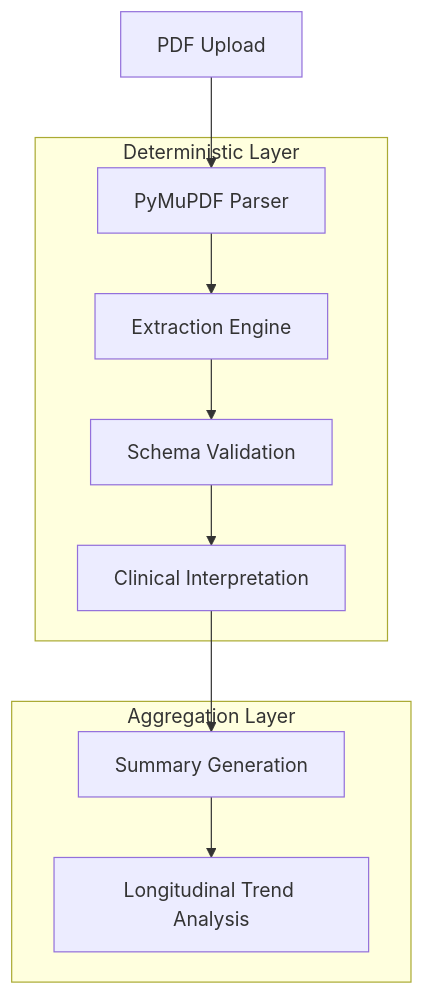
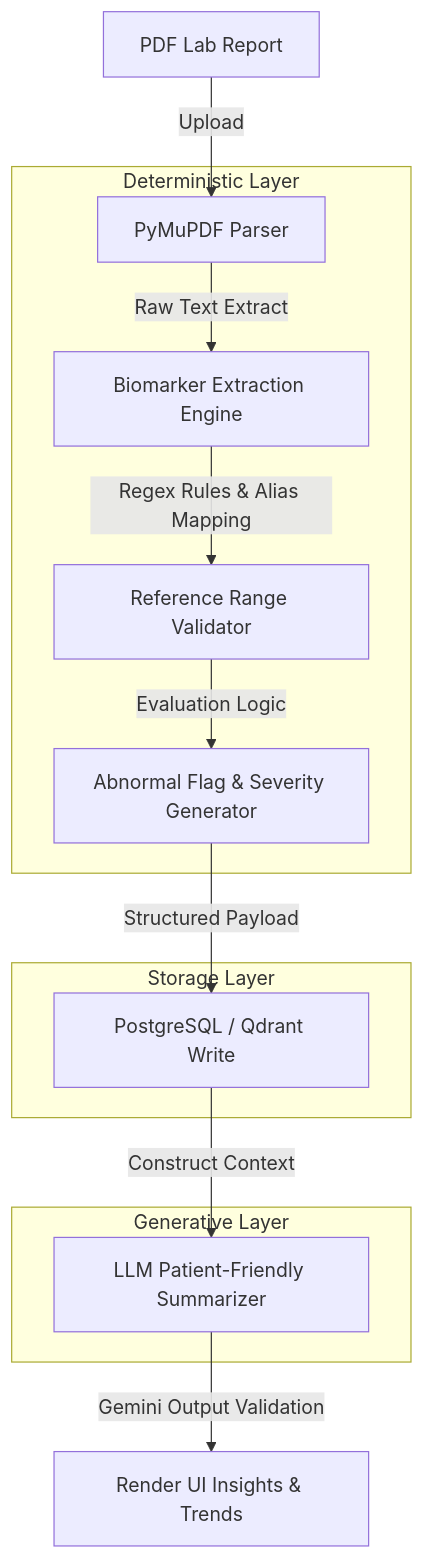
The third of 4 diagrams in docs/architecture.md (vansh070605/ClariMed), drawn with Mermaid before and after one commit. The commit also changed other lines of this file and 22 other files, not shown here.

````diff
--- a/docs/architecture.md
+++ b/docs/architecture.md
@@ -29,21 +97,25 @@
 ```mermaid
 graph TD
-    A[PDF Upload] --> B[PyMuPDF Parser]
-    B --> C[Extraction Engine]
-    C --> D[Schema Validation]
-    D --> E[Clinical Interpretation]
-    E --> F[Summary Generation]
-    F --> G[Longitudinal Trend Analysis]
+    A[PDF Lab Report] -->|Upload| B[PyMuPDF Parser]
+    B -->|Raw Text Extract| C[Biomarker Extraction Engine]
+    C -->|Regex Rules & Alias Mapping| D[Reference Range Validator]
+    D -->|Evaluation Logic| E[Abnormal Flag & Severity Generator]
+    E -->|Structured Payload| F[PostgreSQL / Qdrant Write]
+    F -->|Construct Context| G[LLM Patient-Friendly Summarizer]
+    G -->|Gemini Output Validation| H[Render UI Insights & Trends]
 
     subgraph Deterministic Layer
-    B
-    C
-    D
-    E
+        B
+        C
+        D
+        E
     end
 
-    subgraph Aggregation Layer
-    F
-    G
+    subgraph Storage Layer
+        F
+    end
+
+    subgraph Generative Layer
+        G
     end
 ```
````
